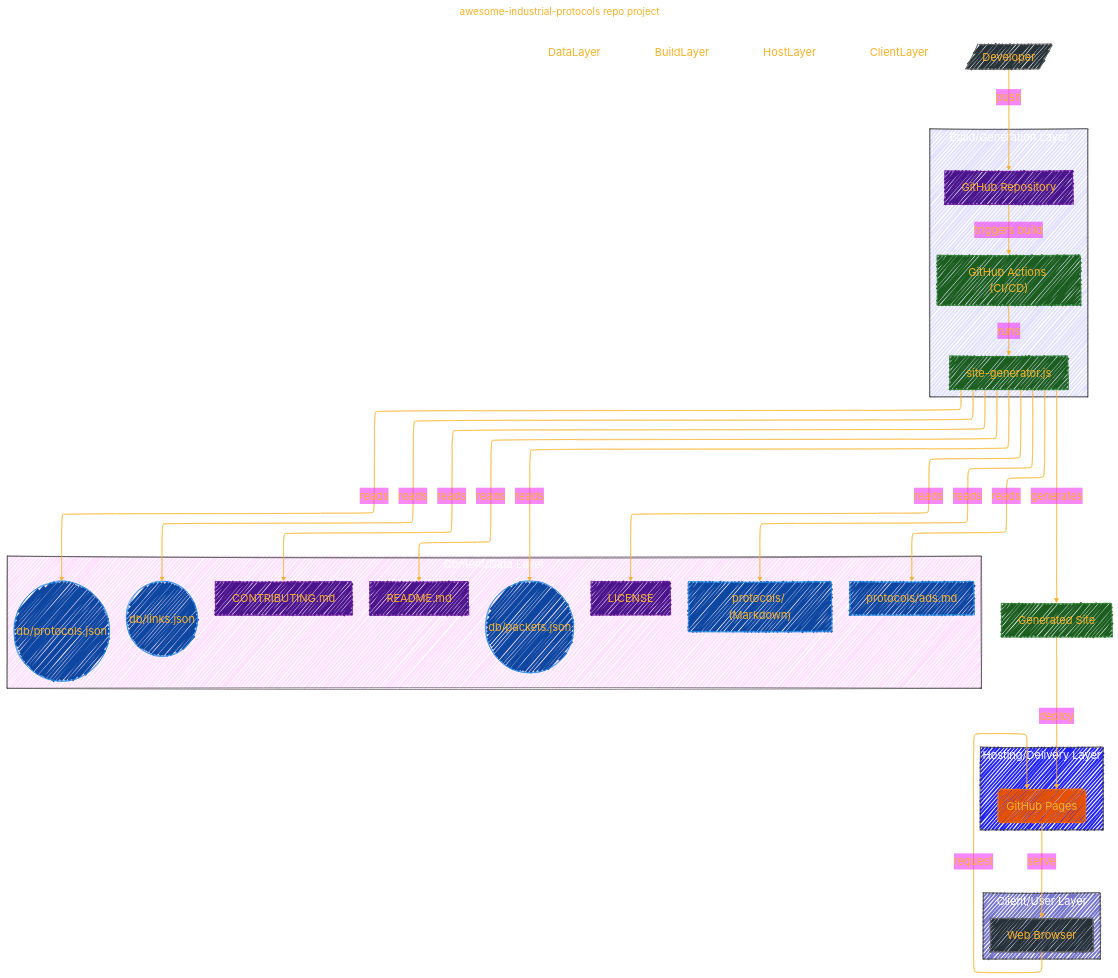
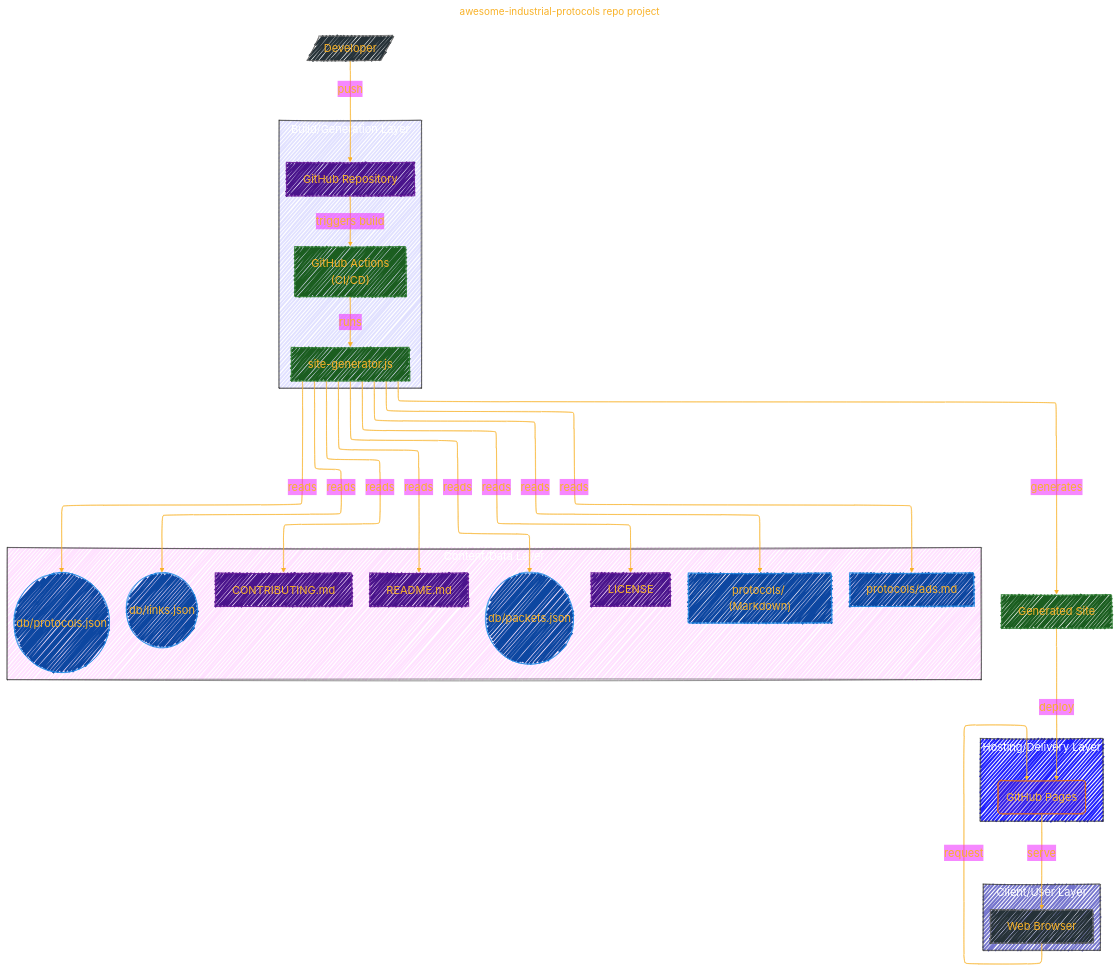
The first of 2 diagrams in CYBERSECURITY/orange-cyberdefense/awesome-industrial-protocols.md (CongLeSolutionX/ArchExplorer), drawn with Mermaid before and after one commit.

Commit message:
update notes

```diff
--- a/CYBERSECURITY/orange-cyberdefense/awesome-industrial-protocols.md
+++ b/CYBERSECURITY/orange-cyberdefense/awesome-industrial-protocols.md
@@ -77,7 +77,6 @@
 flowchart TD
     subgraph Content_Data_Layer["Content/Data Layer"]
     style Content_Data_Layer fill:#F2F2,stroke:#333,stroke-width:1px, color: #FFFF
-        style DataLayer fill:none,stroke:none
         Links((db/links.json)):::data
         Packets((db/packets.json)):::data
         ProtocolsManifest((db/protocols.json)):::data
@@ -90,21 +89,18 @@
 
     subgraph Build_Generation_Layer["Build/Generation Layer"]
     style Build_Generation_Layer fill:#22F2,stroke:#333,stroke-width:1px, color: #FFFF
-        style BuildLayer fill:none,stroke:none
         GitHubRepo["GitHub Repository"]:::repo
-        CI["GitHub Actions (CI/CD)"]:::process
+        CI["GitHub Actions<br/>(CI/CD)"]:::process
         Generator["site-generator.js"]:::process
     end
 
     subgraph Hosting_Delivery_Layer["Hosting/Delivery Layer"]
     style Hosting_Delivery_Layer fill:#22FF,stroke:#333,stroke-width:1px, color: #FFFF
-        style HostLayer fill:none,stroke:none
         Pages("GitHub Pages"):::host
     end
 
     subgraph Client_User_Layer["Client/User Layer"]
     style Client_User_Layer fill:#44BB,stroke:#333,stroke-width:1px, color: #FFFF
-        style ClientLayer fill:none,stroke:none
         Browser["Web Browser"]:::client
     end
 
@@ -138,7 +134,7 @@
     %% Styles
     classDef data fill:#0d47a1,stroke:#1e88e5
     classDef process fill:#1b5e20,stroke:#2e7d32
-    classDef host fill:#e65100,stroke:#ef6c00
+    classDef host fill:#51B5,stroke:#ef6c00
     classDef client fill:#263238,stroke:#616161
     classDef repo fill:#4a148c,stroke:#6a1b9a
 
```
